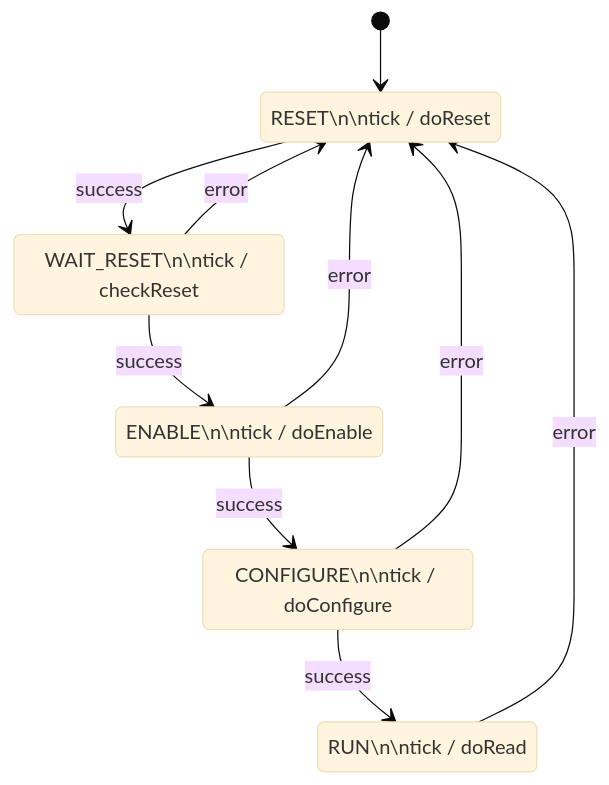
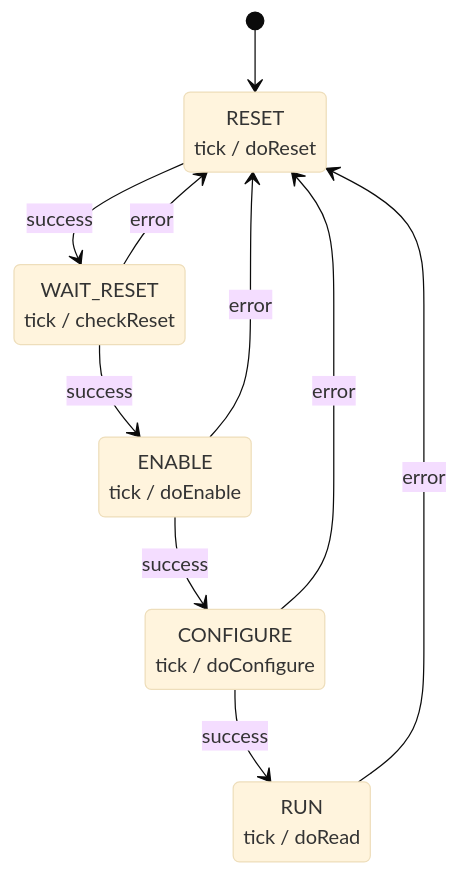
Before and after one commit to nasa/fprime: the diagram in docs/how-to/define-state-machines.md, drawn with Mermaid (base theme).

Commit message:
Fix state definitions in state diagram for newlines

````diff
--- a/docs/how-to/define-state-machines.md
+++ b/docs/how-to/define-state-machines.md
@@ -43,25 +43,35 @@
 ```mermaid
 stateDiagram-v2
     [*] --> RESET
 
     %% State definitions with annotations
-    state "RESET\n\ntick / doReset" as RESET
+    state "RESET
 
-    state "WAIT_RESET\n\ntick / checkReset" as WAIT_RESET
+    tick / doReset" as RESET
 
-    state "ENABLE\n\ntick / doEnable" as ENABLE
+    state "WAIT_RESET
 
-    state "CONFIGURE\n\ntick / doConfigure" as CONFIGURE
+    tick / checkReset" as WAIT_RESET
 
-    state "RUN\n\ntick / doRead" as RUN
+    state "ENABLE
+
+    tick / doEnable" as ENABLE
+
+    state "CONFIGURE
+
+    tick / doConfigure" as CONFIGURE
+
+    state "RUN
+
+    tick / doRead" as RUN
 
     RESET --> WAIT_RESET : success
     WAIT_RESET --> ENABLE : success
     ENABLE --> CONFIGURE : success
     CONFIGURE --> RUN : success
 
     ENABLE --> RESET : error
     WAIT_RESET --> RESET : error
     CONFIGURE --> RESET : error
     RUN --> RESET : error
 ```
````
